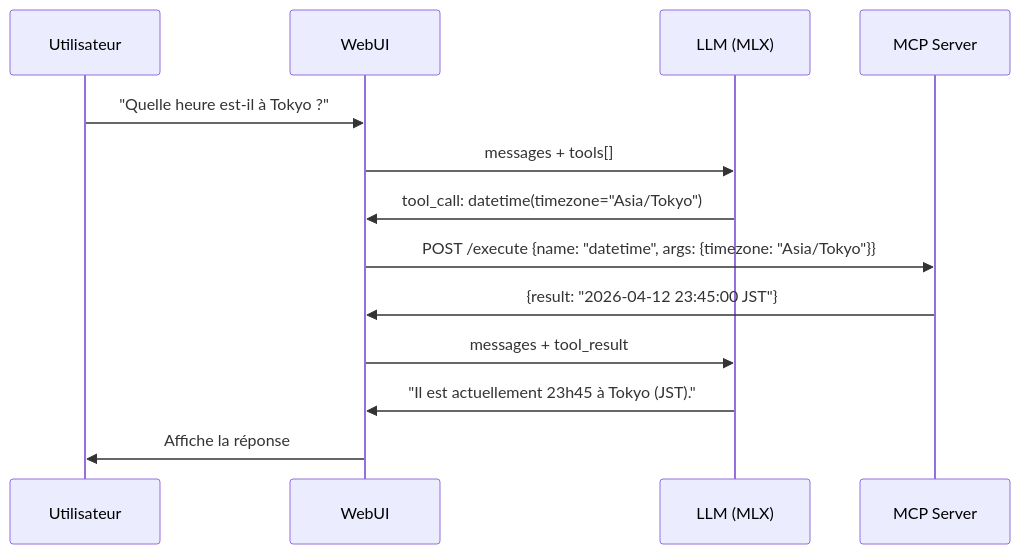
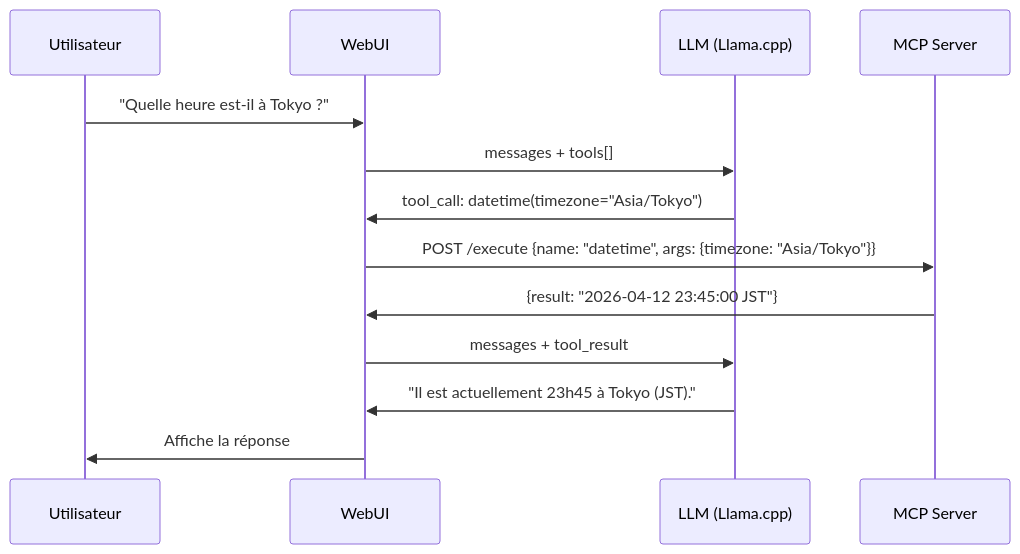
Before and after one commit to Petrichoeur/mirza.local: the diagram in docs/MCP_ROADMAP.md, drawn with Mermaid. The commit also changed other lines of this file and 22 other files, not shown here.

````diff
--- a/docs/MCP_ROADMAP.md
+++ b/docs/MCP_ROADMAP.md
@@ -160,16 +160,16 @@
 ```mermaid
 sequenceDiagram
     participant U as Utilisateur
     participant W as WebUI
-    participant L as LLM (MLX)
+    participant L as LLM (Llama.cpp)
     participant M as MCP Server
 
     U->>W: "Quelle heure est-il à Tokyo ?"
     W->>L: messages + tools[]
     L->>W: tool_call: datetime(timezone="Asia/Tokyo")
     W->>M: POST /execute {name: "datetime", args: {timezone: "Asia/Tokyo"}}
     M->>W: {result: "2026-04-12 23:45:00 JST"}
     W->>L: messages + tool_result
     L->>W: "Il est actuellement 23h45 à Tokyo (JST)."
     W->>U: Affiche la réponse
 ```
````
